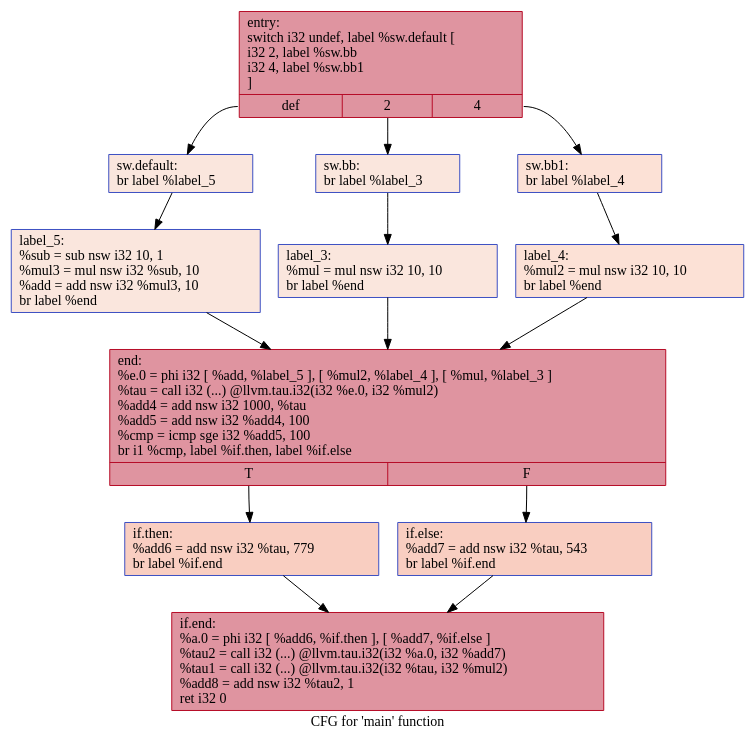
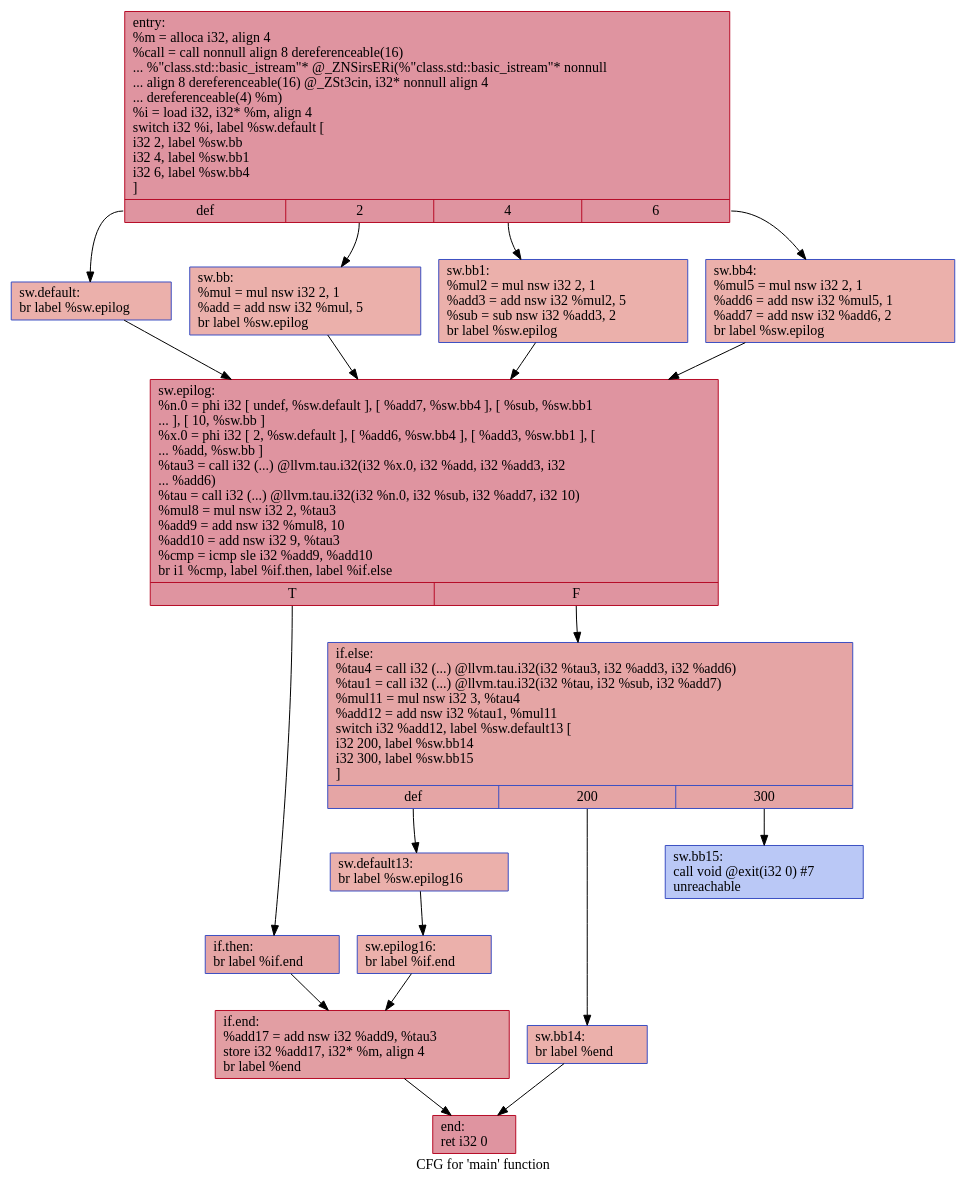
The diagram in IR/cfg/withHPSSA.dot (HPSSA-LLVM/HPSSA-LLVM), drawn with Graphviz before and after one commit. The commit also changed 15 other files, not shown here.

```diff
--- a/IR/cfg/withHPSSA.dot
+++ b/IR/cfg/withHPSSA.dot
@@ -1,28 +1,36 @@
 digraph "CFG for 'main' function" {
 	label="CFG for 'main' function";
 
-	Node0x55b3ff3349d0 [shape=record,color="#b70d28ff", style=filled, fillcolor="#b70d2870",label="{entry:\l  switch i32 undef, label %sw.default [\l    i32 2, label %sw.bb\l    i32 4, label %sw.bb1\l  ]\l|{<s0>def|<s1>2|<s2>4}}"];
-	Node0x55b3ff3349d0:s0 -> Node0x55b3ff334f30;
-	Node0x55b3ff3349d0:s1 -> Node0x55b3ff334fb0;
-	Node0x55b3ff3349d0:s2 -> Node0x55b3ff335050;
-	Node0x55b3ff334fb0 [shape=record,color="#3d50c3ff", style=filled, fillcolor="#f3c7b170",label="{sw.bb:                                            \l  br label %label_3\l}"];
-	Node0x55b3ff334fb0 -> Node0x55b3ff3351e0;
-	Node0x55b3ff335050 [shape=record,color="#3d50c3ff", style=filled, fillcolor="#f7bca170",label="{sw.bb1:                                           \l  br label %label_4\l}"];
-	Node0x55b3ff335050 -> Node0x55b3ff3352c0;
-	Node0x55b3ff334f30 [shape=record,color="#3d50c3ff", style=filled, fillcolor="#f3c7b170",label="{sw.default:                                       \l  br label %label_5\l}"];
-	Node0x55b3ff334f30 -> Node0x55b3ff3353a0;
-	Node0x55b3ff3351e0 [shape=record,color="#3d50c3ff", style=filled, fillcolor="#f3c7b170",label="{label_3:                                          \l  %mul = mul nsw i32 10, 10\l  br label %end\l}"];
-	Node0x55b3ff3351e0 -> Node0x55b3ff335560;
-	Node0x55b3ff3352c0 [shape=record,color="#3d50c3ff", style=filled, fillcolor="#f7bca170",label="{label_4:                                          \l  %mul2 = mul nsw i32 10, 10\l  br label %end\l}"];
-	Node0x55b3ff3352c0 -> Node0x55b3ff335560;
-	Node0x55b3ff3353a0 [shape=record,color="#3d50c3ff", style=filled, fillcolor="#f3c7b170",label="{label_5:                                          \l  %sub = sub nsw i32 10, 1\l  %mul3 = mul nsw i32 %sub, 10\l  %add = add nsw i32 %mul3, 10\l  br label %end\l}"];
-	Node0x55b3ff3353a0 -> Node0x55b3ff335560;
-	Node0x55b3ff335560 [shape=record,color="#b70d28ff", style=filled, fillcolor="#b70d2870",label="{end:                                              \l  %e.0 = phi i32 [ %add, %label_5 ], [ %mul2, %label_4 ], [ %mul, %label_3 ]\l  %tau = call i32 (...) @llvm.tau.i32(i32 %e.0, i32 %mul2)\l  %add4 = add nsw i32 1000, %tau\l  %add5 = add nsw i32 %add4, 100\l  %cmp = icmp sge i32 %add5, 100\l  br i1 %cmp, label %if.then, label %if.else\l|{<s0>T|<s1>F}}"];
-	Node0x55b3ff335560:s0 -> Node0x55b3ff336100;
-	Node0x55b3ff335560:s1 -> Node0x55b3ff336170;
-	Node0x55b3ff336100 [shape=record,color="#3d50c3ff", style=filled, fillcolor="#f2907270",label="{if.then:                                          \l  %add6 = add nsw i32 %tau, 779\l  br label %if.end\l}"];
-	Node0x55b3ff336100 -> Node0x55b3ff336370;
-	Node0x55b3ff336170 [shape=record,color="#3d50c3ff", style=filled, fillcolor="#f2907270",label="{if.else:                                          \l  %add7 = add nsw i32 %tau, 543\l  br label %if.end\l}"];
-	Node0x55b3ff336170 -> Node0x55b3ff336370;
-	Node0x55b3ff336370 [shape=record,color="#b70d28ff", style=filled, fillcolor="#b70d2870",label="{if.end:                                           \l  %a.0 = phi i32 [ %add6, %if.then ], [ %add7, %if.else ]\l  %tau2 = call i32 (...) @llvm.tau.i32(i32 %a.0, i32 %add7)\l  %tau1 = call i32 (...) @llvm.tau.i32(i32 %tau, i32 %mul2)\l  %add8 = add nsw i32 %tau2, 1\l  ret i32 0\l}"];
+	Node0x5564924da220 [shape=record,color="#b70d28ff", style=filled, fillcolor="#b70d2870",label="{entry:\l  %m = alloca i32, align 4\l  %call = call nonnull align 8 dereferenceable(16)\l... %\"class.std::basic_istream\"* @_ZNSirsERi(%\"class.std::basic_istream\"* nonnull\l... align 8 dereferenceable(16) @_ZSt3cin, i32* nonnull align 4\l... dereferenceable(4) %m)\l  %i = load i32, i32* %m, align 4\l  switch i32 %i, label %sw.default [\l    i32 2, label %sw.bb\l    i32 4, label %sw.bb1\l    i32 6, label %sw.bb4\l  ]\l|{<s0>def|<s1>2|<s2>4|<s3>6}}"];
+	Node0x5564924da220:s0 -> Node0x5564924da660;
+	Node0x5564924da220:s1 -> Node0x5564924da770;
+	Node0x5564924da220:s2 -> Node0x5564924da870;
+	Node0x5564924da220:s3 -> Node0x5564924da970;
+	Node0x5564924da770 [shape=record,color="#3d50c3ff", style=filled, fillcolor="#d24b4070",label="{sw.bb:                                            \l  %mul = mul nsw i32 2, 1\l  %add = add nsw i32 %mul, 5\l  br label %sw.epilog\l}"];
+	Node0x5564924da770 -> Node0x5564924dac20;
+	Node0x5564924da870 [shape=record,color="#3d50c3ff", style=filled, fillcolor="#d24b4070",label="{sw.bb1:                                           \l  %mul2 = mul nsw i32 2, 1\l  %add3 = add nsw i32 %mul2, 5\l  %sub = sub nsw i32 %add3, 2\l  br label %sw.epilog\l}"];
+	Node0x5564924da870 -> Node0x5564924dac20;
+	Node0x5564924da970 [shape=record,color="#3d50c3ff", style=filled, fillcolor="#d24b4070",label="{sw.bb4:                                           \l  %mul5 = mul nsw i32 2, 1\l  %add6 = add nsw i32 %mul5, 1\l  %add7 = add nsw i32 %add6, 2\l  br label %sw.epilog\l}"];
+	Node0x5564924da970 -> Node0x5564924dac20;
+	Node0x5564924da660 [shape=record,color="#3d50c3ff", style=filled, fillcolor="#d24b4070",label="{sw.default:                                       \l  br label %sw.epilog\l}"];
+	Node0x5564924da660 -> Node0x5564924dac20;
+	Node0x5564924dac20 [shape=record,color="#b70d28ff", style=filled, fillcolor="#b70d2870",label="{sw.epilog:                                        \l  %n.0 = phi i32 [ undef, %sw.default ], [ %add7, %sw.bb4 ], [ %sub, %sw.bb1\l... ], [ 10, %sw.bb ]\l  %x.0 = phi i32 [ 2, %sw.default ], [ %add6, %sw.bb4 ], [ %add3, %sw.bb1 ], [\l... %add, %sw.bb ]\l  %tau3 = call i32 (...) @llvm.tau.i32(i32 %x.0, i32 %add, i32 %add3, i32\l... %add6)\l  %tau = call i32 (...) @llvm.tau.i32(i32 %n.0, i32 %sub, i32 %add7, i32 10)\l  %mul8 = mul nsw i32 2, %tau3\l  %add9 = add nsw i32 %mul8, 10\l  %add10 = add nsw i32 9, %tau3\l  %cmp = icmp sle i32 %add9, %add10\l  br i1 %cmp, label %if.then, label %if.else\l|{<s0>T|<s1>F}}"];
+	Node0x5564924dac20:s0 -> Node0x5564924dc470;
+	Node0x5564924dac20:s1 -> Node0x5564924dc4e0;
+	Node0x5564924dc470 [shape=record,color="#3d50c3ff", style=filled, fillcolor="#c5333470",label="{if.then:                                          \l  br label %if.end\l}"];
+	Node0x5564924dc470 -> Node0x5564924dc600;
+	Node0x5564924dc4e0 [shape=record,color="#3d50c3ff", style=filled, fillcolor="#c5333470",label="{if.else:                                          \l  %tau4 = call i32 (...) @llvm.tau.i32(i32 %tau3, i32 %add3, i32 %add6)\l  %tau1 = call i32 (...) @llvm.tau.i32(i32 %tau, i32 %sub, i32 %add7)\l  %mul11 = mul nsw i32 3, %tau4\l  %add12 = add nsw i32 %tau1, %mul11\l  switch i32 %add12, label %sw.default13 [\l    i32 200, label %sw.bb14\l    i32 300, label %sw.bb15\l  ]\l|{<s0>def|<s1>200|<s2>300}}"];
+	Node0x5564924dc4e0:s0 -> Node0x5564924dc950;
+	Node0x5564924dc4e0:s1 -> Node0x5564924dca00;
+	Node0x5564924dc4e0:s2 -> Node0x5564924dcaa0;
+	Node0x5564924dc950 [shape=record,color="#3d50c3ff", style=filled, fillcolor="#d24b4070",label="{sw.default13:                                     \l  br label %sw.epilog16\l}"];
+	Node0x5564924dc950 -> Node0x5564924dcc90;
+	Node0x5564924dca00 [shape=record,color="#3d50c3ff", style=filled, fillcolor="#d24b4070",label="{sw.bb14:                                          \l  br label %end\l}"];
+	Node0x5564924dca00 -> Node0x5564924dcd80;
+	Node0x5564924dcaa0 [shape=record,color="#3d50c3ff", style=filled, fillcolor="#6282ea70",label="{sw.bb15:                                          \l  call void @exit(i32 0) #7\l  unreachable\l}"];
+	Node0x5564924dcc90 [shape=record,color="#3d50c3ff", style=filled, fillcolor="#d24b4070",label="{sw.epilog16:                                      \l  br label %if.end\l}"];
+	Node0x5564924dcc90 -> Node0x5564924dc600;
+	Node0x5564924dc600 [shape=record,color="#b70d28ff", style=filled, fillcolor="#be242e70",label="{if.end:                                           \l  %add17 = add nsw i32 %add9, %tau3\l  store i32 %add17, i32* %m, align 4\l  br label %end\l}"];
+	Node0x5564924dc600 -> Node0x5564924dcd80;
+	Node0x5564924dcd80 [shape=record,color="#b70d28ff", style=filled, fillcolor="#b70d2870",label="{end:                                              \l  ret i32 0\l}"];
 }
```
